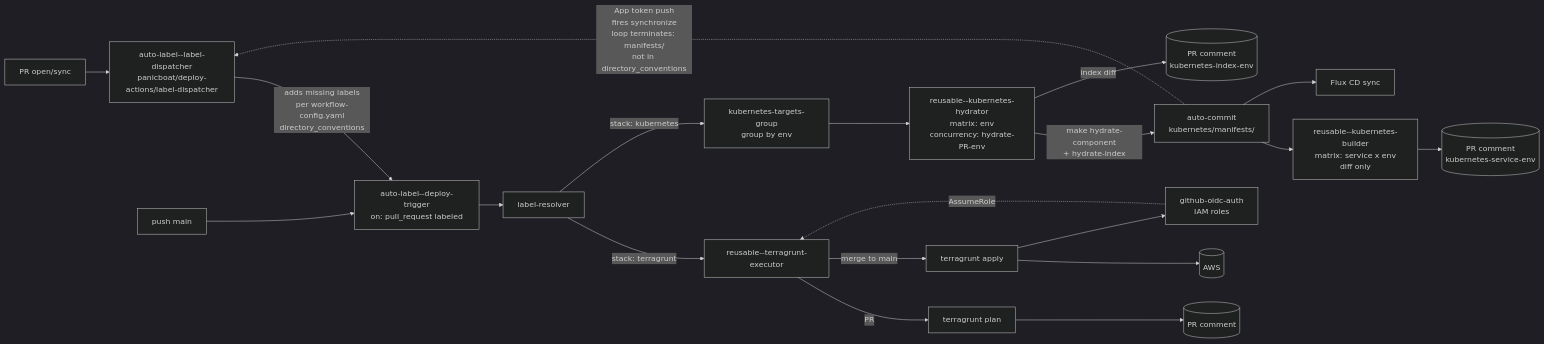
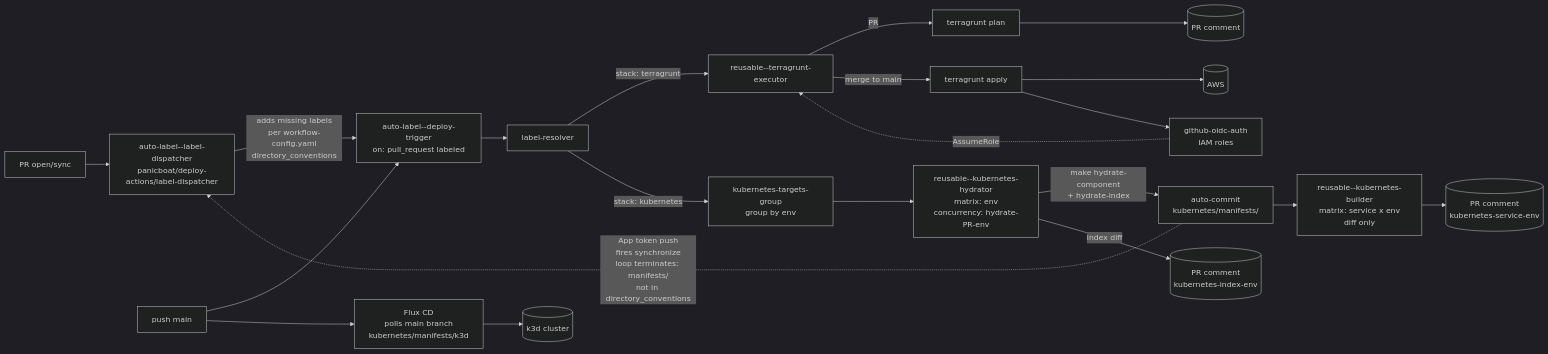
The diagram in README-ja.md (panicboat/platform), drawn with Mermaid (dark theme) before and after one commit. The commit also changed 2 other files, not shown here.

Commit message:
docs(readme): correct flux sync trigger to merge-to-main, drop config comment

````diff
--- a/README-ja.md
+++ b/README-ja.md
@@ -55,22 +55,23 @@
 ```mermaid
 flowchart LR
   PRevent[PR open/sync] --> Dispatcher[auto-label--label-dispatcher<br/>panicboat/deploy-actions/label-dispatcher]
   Dispatcher -->|adds missing labels<br/>per workflow-config.yaml<br/>directory_conventions| Trigger[auto-label--deploy-trigger<br/>on: pull_request labeled]
   Mainpush[push main] --> Trigger
   Trigger --> Resolver[label-resolver]
   Resolver -->|stack: terragrunt| TG[reusable--terragrunt-executor]
   TG -->|PR| Plan[terragrunt plan]
   TG -->|merge to main| Apply[terragrunt apply]
   Plan --> PRComment[(PR comment)]
   Apply --> AWS[(AWS)]
   Apply --> OIDC[github-oidc-auth<br/>IAM roles]
   OIDC -.->|AssumeRole| TG
   Resolver -->|stack: kubernetes| Group[kubernetes-targets-group<br/>group by env]
   Group --> Hydrator[reusable--kubernetes-hydrator<br/>matrix: env<br/>concurrency: hydrate-PR-env]
   Hydrator -->|make hydrate-component<br/>+ hydrate-index| Commit[auto-commit<br/>kubernetes/manifests/]
   Hydrator -->|index diff| IndexComment[(PR comment<br/>kubernetes-index-env)]
   Commit --> Builder[reusable--kubernetes-builder<br/>matrix: service x env<br/>diff only]
   Builder --> CompComment[(PR comment<br/>kubernetes-service-env)]
-  Commit --> FluxCD[Flux CD sync]
+  Mainpush --> FluxCD[Flux CD<br/>polls main branch<br/>kubernetes/manifests/k3d]
+  FluxCD --> Cluster[(k3d cluster)]
   Commit -.->|App token push<br/>fires synchronize<br/>loop terminates: manifests/<br/>not in directory_conventions| Dispatcher
 ```
````
